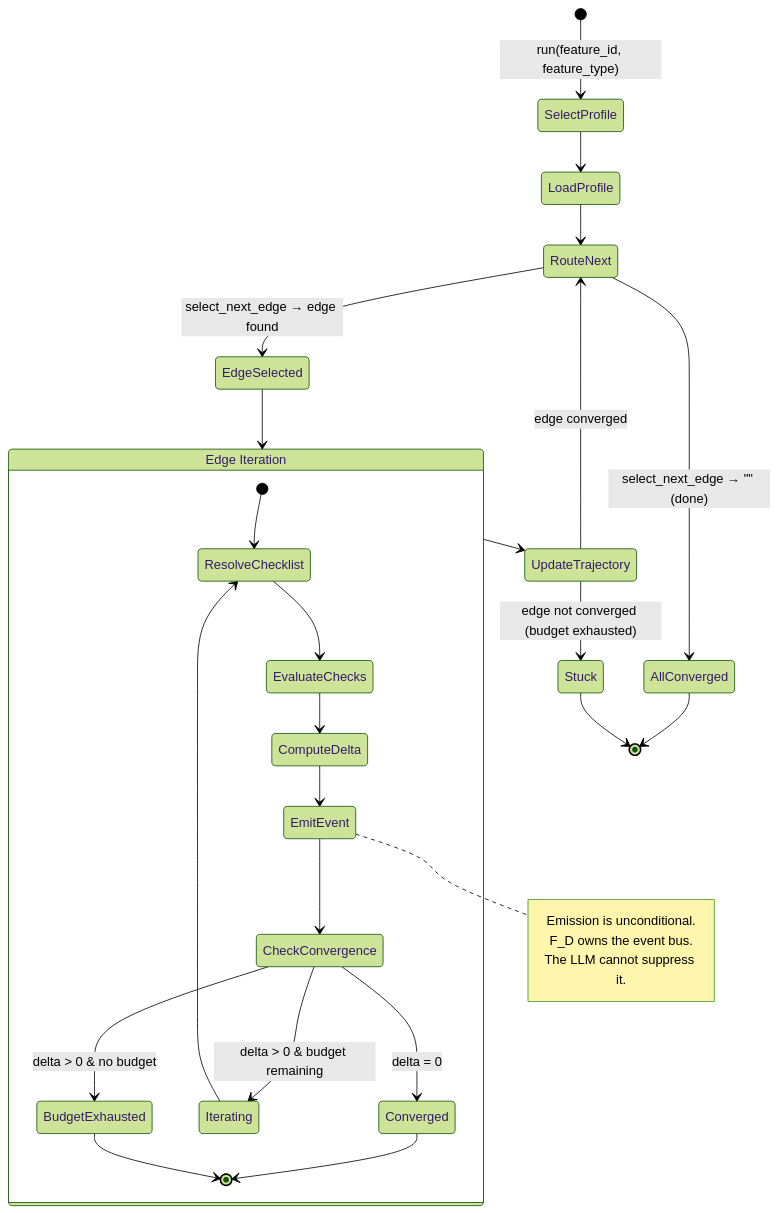
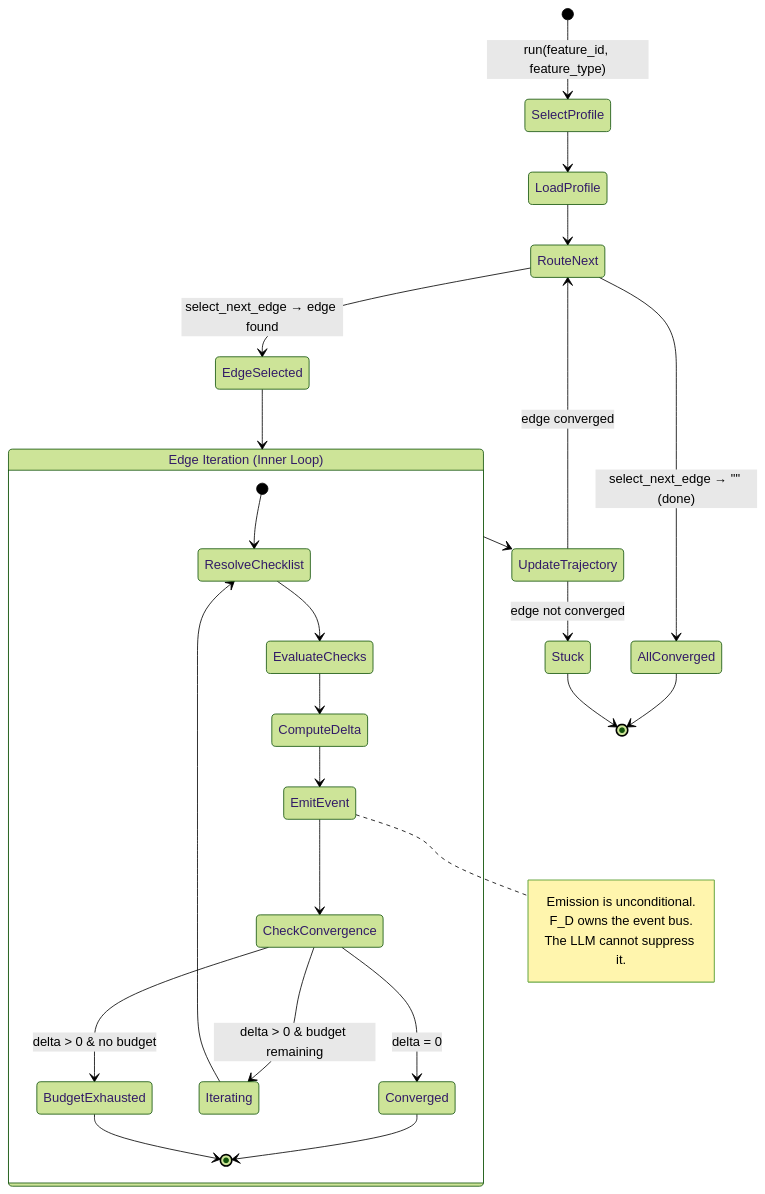
One commit to foolishimp/ai_sdlc_method changed diagram 15 of 19 in imp_claude/design/FUNCTOR_FRAMEWORK_DESIGN.md. Above: the diagram before and after it, drawn with Mermaid (forest theme). The commit also changed other lines of this file, not shown here.

````diff
--- a/imp_claude/design/FUNCTOR_FRAMEWORK_DESIGN.md
+++ b/imp_claude/design/FUNCTOR_FRAMEWORK_DESIGN.md
@@ -823,39 +958,39 @@
 ```mermaid
 stateDiagram-v2
     [*] --> SelectProfile: run(feature_id, feature_type)
 
     SelectProfile --> LoadProfile
     LoadProfile --> RouteNext
 
     RouteNext --> EdgeSelected: select_next_edge → edge found
     RouteNext --> AllConverged: select_next_edge → "" (done)
 
-    state "Edge Iteration" as EdgeLoop {
+    state "Edge Iteration (Inner Loop)" as EdgeLoop {
         [*] --> ResolveChecklist
         ResolveChecklist --> EvaluateChecks
         EvaluateChecks --> ComputeDelta
         ComputeDelta --> EmitEvent
         EmitEvent --> CheckConvergence
         CheckConvergence --> Converged: delta = 0
         CheckConvergence --> Iterating: delta > 0 & budget remaining
         CheckConvergence --> BudgetExhausted: delta > 0 & no budget
         Iterating --> ResolveChecklist
         Converged --> [*]
         BudgetExhausted --> [*]
     }
 
     EdgeSelected --> EdgeLoop
     EdgeLoop --> UpdateTrajectory
 
     UpdateTrajectory --> RouteNext: edge converged
-    UpdateTrajectory --> Stuck: edge not converged (budget exhausted)
+    UpdateTrajectory --> Stuck: edge not converged
 
     AllConverged --> [*]
     Stuck --> [*]
 
     note right of EmitEvent
         Emission is unconditional.
         F_D owns the event bus.
         The LLM cannot suppress it.
     end note
 ```
````
